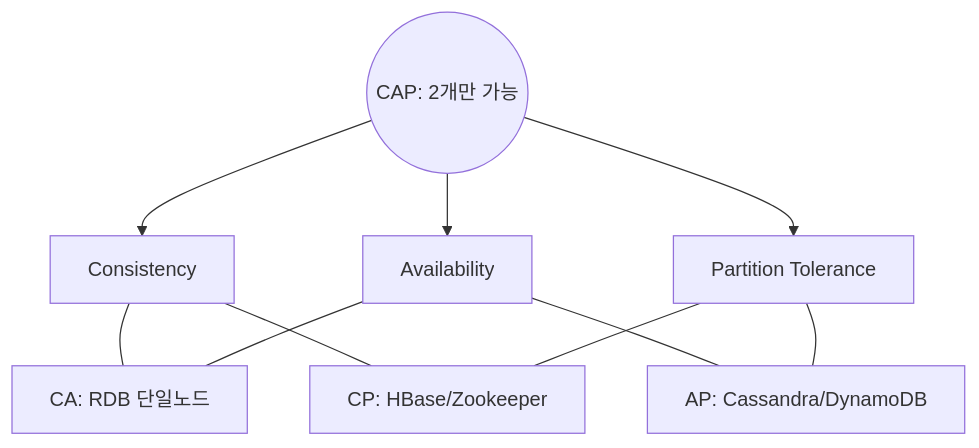
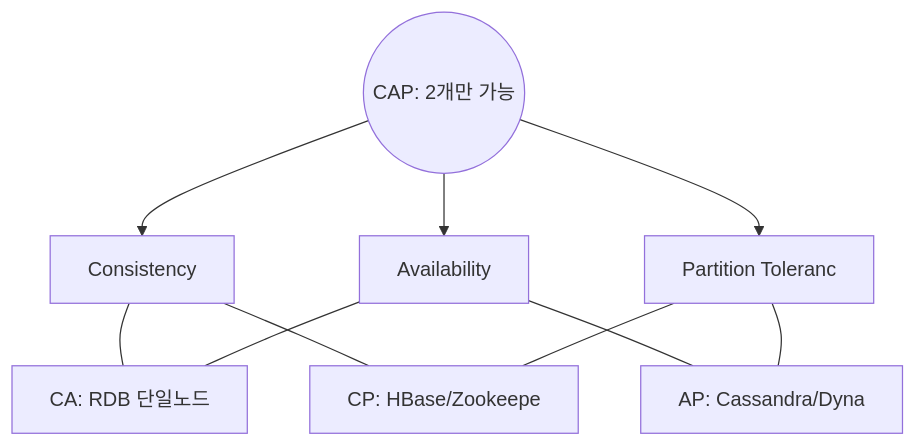
The fourth of 17 diagrams in _posts/systemdesign/2026-05-02-system-design-fundamentals.md (yjkim2015/yjkim2015.github.io), drawn with Mermaid before and after one commit. The commit also changed other lines of this file and 271 other files, not shown here.

First line of the commit message:
Mermaid 라벨 축소: 긴 노드 텍스트 18자 이하로 트림 + \n 제거

````diff
--- a/_posts/systemdesign/2026-05-02-system-design-fundamentals.md
+++ b/_posts/systemdesign/2026-05-02-system-design-fundamentals.md
@@ -167,13 +167,13 @@
 ```mermaid
 graph TD
     CAP(("CAP: 2개만 가능"))
     CAP --> C["Consistency"]
     CAP --> AV["Availability"]
-    CAP --> P["Partition Tolerance"]
+    CAP --> P["Partition Toleranc"]
     C --- CA["CA: RDB 단일노드"]
-    C --- CP["CP: HBase/Zookeeper"]
+    C --- CP["CP: HBase/Zookeepe"]
     AV --- CA
-    AV --- AP["AP: Cassandra/DynamoDB"]
+    AV --- AP["AP: Cassandra/Dyna"]
     P --- CP
     P --- AP
 ```
````
